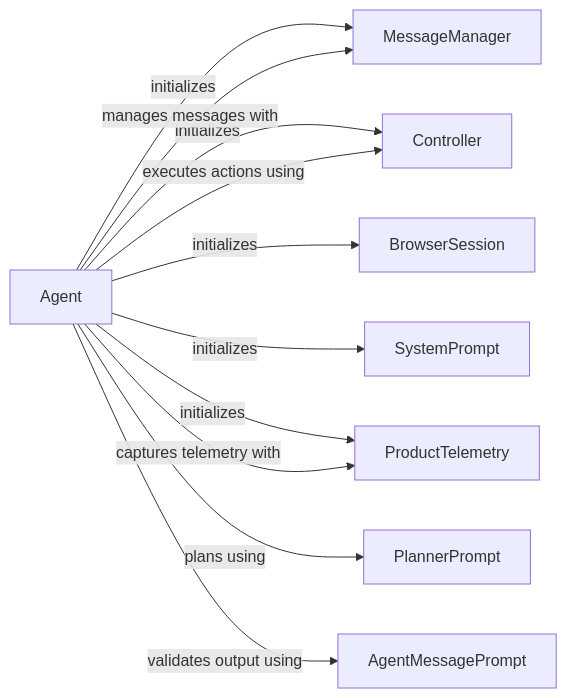
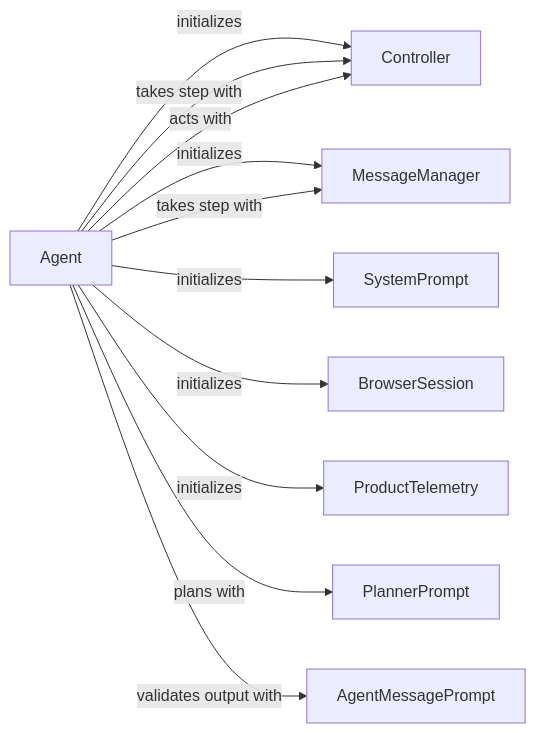
The diagram in browser-use/Agent Service.md (CodeBoarding/GeneratedOnBoardings), drawn with Mermaid before and after one commit. The commit also changed other lines of this file and 10 other files, not shown here.

````diff
--- a/browser-use/Agent Service.md
+++ b/browser-use/Agent Service.md
@@ -1,29 +1,29 @@
 ```mermaid
 graph LR
     Agent["Agent"]
     MessageManager["MessageManager"]
     Controller["Controller"]
     SystemPrompt["SystemPrompt"]
+    BrowserSession["BrowserSession"]
+    ProductTelemetry["ProductTelemetry"]
     PlannerPrompt["PlannerPrompt"]
     AgentMessagePrompt["AgentMessagePrompt"]
-    BrowserSession["BrowserSession"]
-    ProductTelemetry["ProductTelemetry"]
+    Agent -- "initializes" --> Controller
     Agent -- "initializes" --> MessageManager
-    Agent -- "initializes" --> Controller
+    Agent -- "initializes" --> SystemPrompt
     Agent -- "initializes" --> BrowserSession
-    Agent -- "initializes" --> SystemPrompt
     Agent -- "initializes" --> ProductTelemetry
-    Agent -- "manages messages with" --> MessageManager
-    Agent -- "executes actions using" --> Controller
-    Agent -- "plans using" --> PlannerPrompt
-    Agent -- "validates output using" --> AgentMessagePrompt
-    Agent -- "captures telemetry with" --> ProductTelemetry
+    Agent -- "takes step with" --> MessageManager
+    Agent -- "takes step with" --> Controller
+    Agent -- "plans with" --> PlannerPrompt
+    Agent -- "validates output with" --> AgentMessagePrompt
+    Agent -- "acts with" --> Controller
     click Agent href "https://github.com/CodeBoarding/GeneratedOnBoardings/blob/main/browser-use/Agent.md" "Details"
     click MessageManager href "https://github.com/CodeBoarding/GeneratedOnBoardings/blob/main/browser-use/MessageManager.md" "Details"
     click Controller href "https://github.com/CodeBoarding/GeneratedOnBoardings/blob/main/browser-use/Controller.md" "Details"
     click SystemPrompt href "https://github.com/CodeBoarding/GeneratedOnBoardings/blob/main/browser-use/SystemPrompt.md" "Details"
+    click BrowserSession href "https://github.com/CodeBoarding/GeneratedOnBoardings/blob/main/browser-use/BrowserSession.md" "Details"
+    click ProductTelemetry href "https://github.com/CodeBoarding/GeneratedOnBoardings/blob/main/browser-use/ProductTelemetry.md" "Details"
     click PlannerPrompt href "https://github.com/CodeBoarding/GeneratedOnBoardings/blob/main/browser-use/PlannerPrompt.md" "Details"
     click AgentMessagePrompt href "https://github.com/CodeBoarding/GeneratedOnBoardings/blob/main/browser-use/AgentMessagePrompt.md" "Details"
-    click BrowserSession href "https://github.com/CodeBoarding/GeneratedOnBoardings/blob/main/browser-use/BrowserSession.md" "Details"
-    click ProductTelemetry href "https://github.com/CodeBoarding/GeneratedOnBoardings/blob/main/browser-use/ProductTelemetry.md" "Details"
 ```
````
